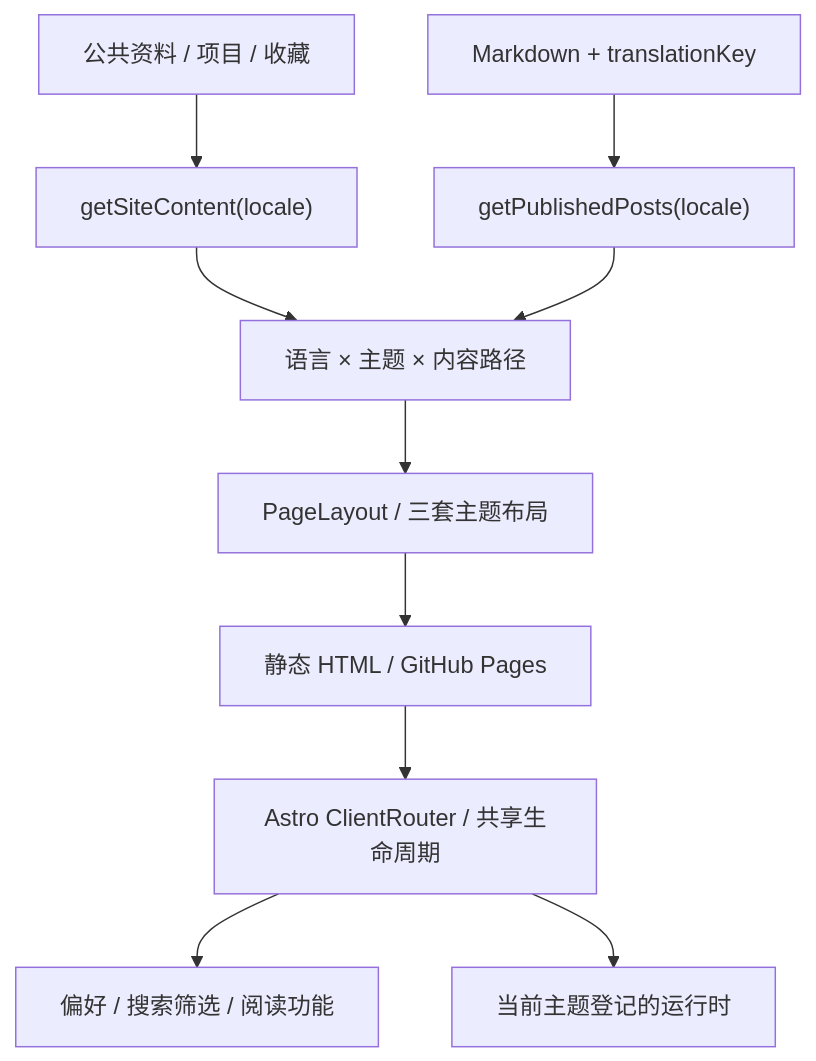
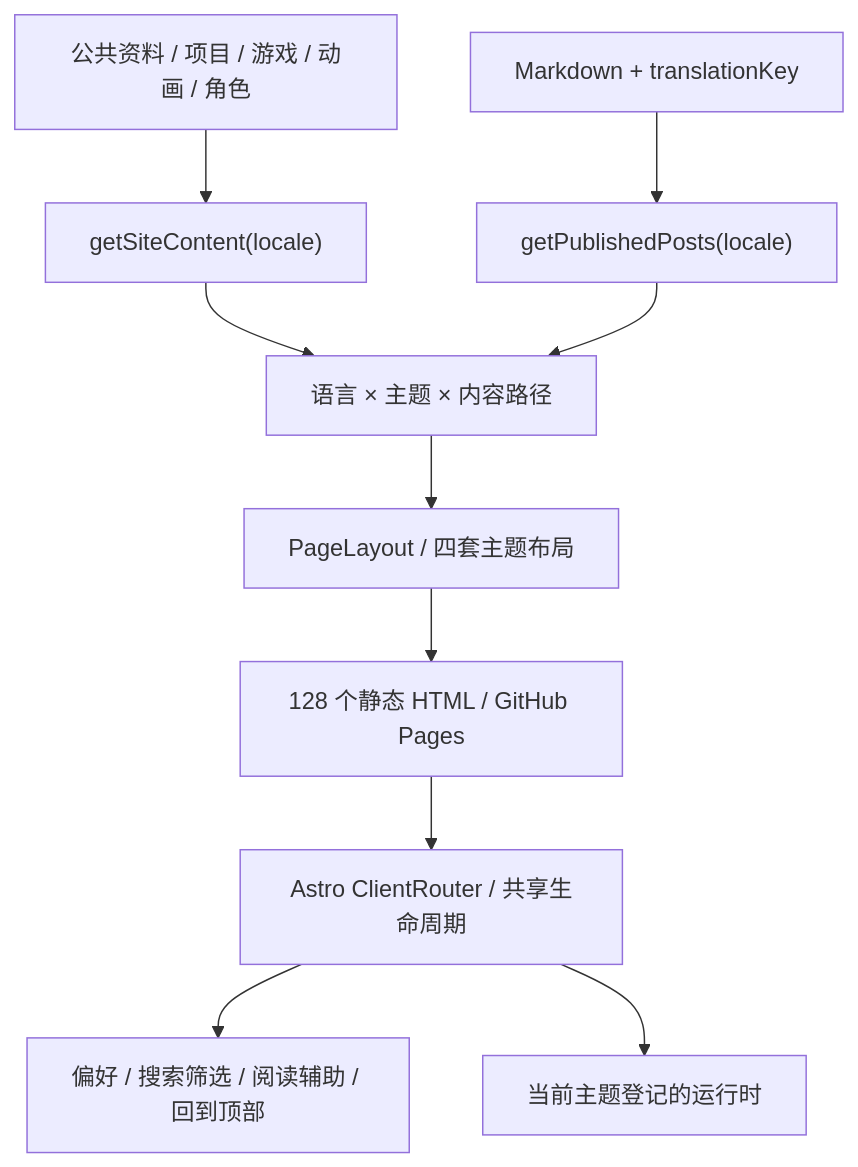
The diagram in showcase/README.md (laozhej/laozhej.github.io), drawn with Mermaid before and after one commit. The commit also changed other lines of this file and 39 other files, not shown here.

````diff
--- a/showcase/README.md
+++ b/showcase/README.md
@@ -42,12 +43,12 @@
 ```mermaid
 flowchart TB
-    Data["公共资料 / 项目 / 收藏"] --> Content["getSiteContent(locale)"]
+    Data["公共资料 / 项目 / 游戏 / 动画 / 角色"] --> Content["getSiteContent(locale)"]
     Markdown["Markdown + translationKey"] --> Posts["getPublishedPosts(locale)"]
     Content --> Routes["语言 × 主题 × 内容路径"]
     Posts --> Routes
-    Routes --> Layout["PageLayout / 三套主题布局"]
-    Layout --> HTML["静态 HTML / GitHub Pages"]
+    Routes --> Layout["PageLayout / 四套主题布局"]
+    Layout --> HTML["128 个静态 HTML / GitHub Pages"]
     HTML --> Navigation["Astro ClientRouter / 共享生命周期"]
-    Navigation --> Features["偏好 / 搜索筛选 / 阅读功能"]
+    Navigation --> Features["偏好 / 搜索筛选 / 阅读辅助 / 回到顶部"]
     Navigation --> Runtime["当前主题登记的运行时"]
 ```
````
